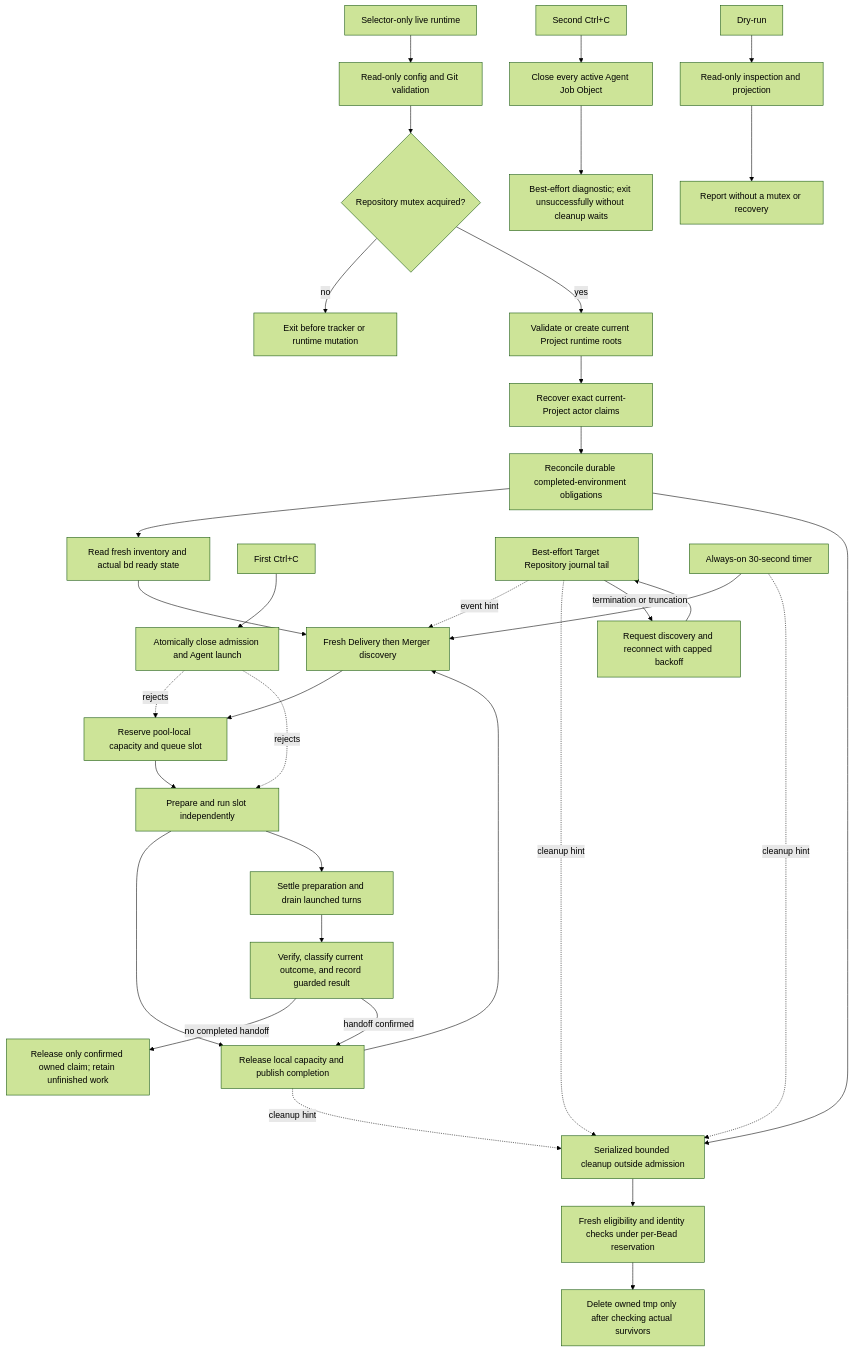
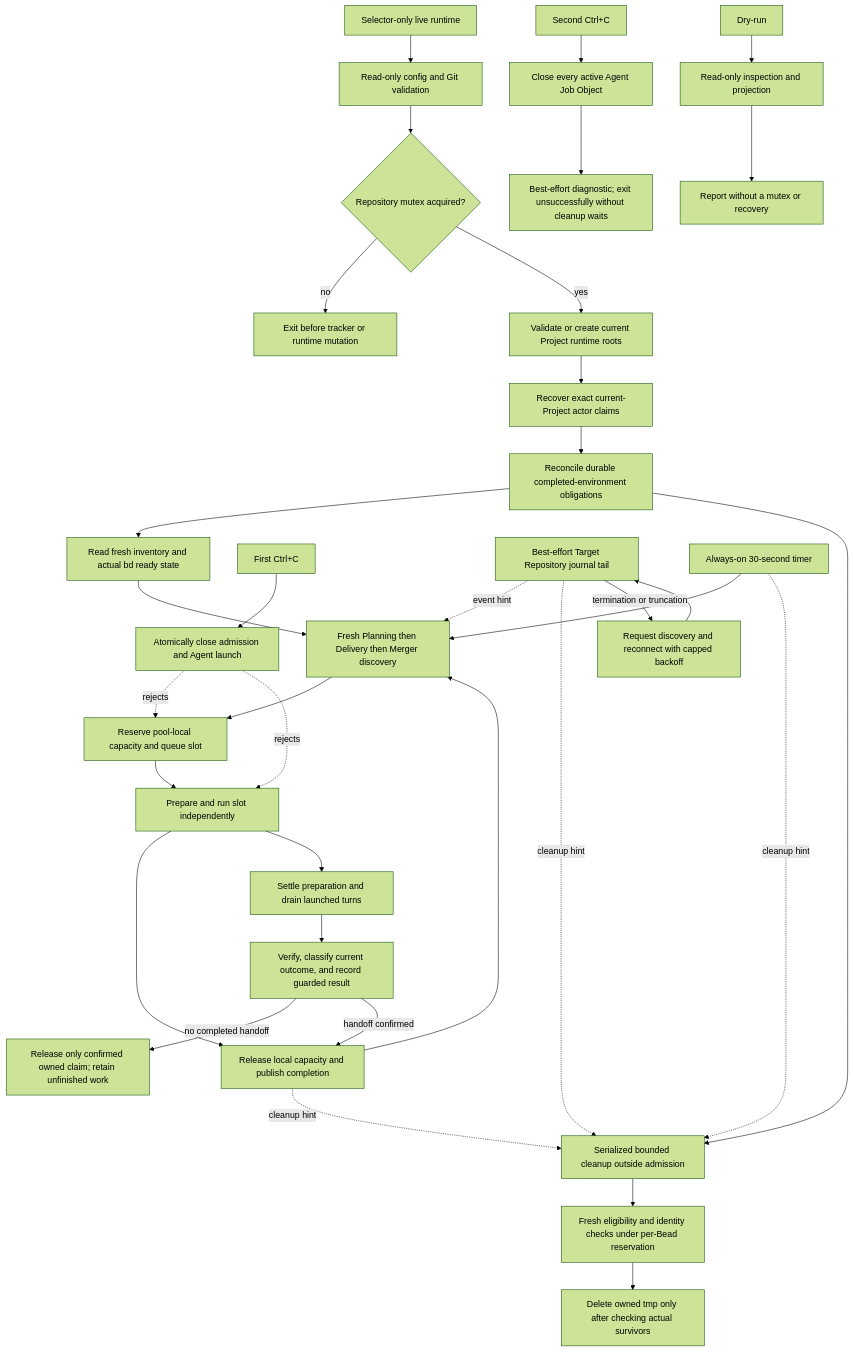
One commit to mgasparel/nightweaver changed the third of 3 diagrams in SPEC.md. Above: the diagram before and after it, drawn with Mermaid (forest theme). The commit also changed other lines of this file and 41 other files, not shown here.

````diff
--- a/SPEC.md
+++ b/SPEC.md
@@ -234,36 +234,36 @@
 ```mermaid
 flowchart TD
     Live[Selector-only live runtime] --> Validate[Read-only config and Git validation]
     Validate --> Mutex{Repository mutex acquired?}
     Mutex -- no --> Loser[Exit before tracker or runtime mutation]
     Mutex -- yes --> Roots[Validate or create current Project runtime roots]
     Roots --> Recovery[Recover exact current-Project actor claims]
     Recovery --> Reconcile[Reconcile durable completed-environment obligations]
     Reconcile --> Actual[Read fresh inventory and actual bd ready state]
     Reconcile --> Cleanup[Serialized bounded cleanup outside admission]
     Cleanup --> Remove[Fresh eligibility and identity checks under per-Bead reservation]
     Remove --> Tmp[Delete owned tmp only after checking actual survivors]
-    Actual --> Discover[Fresh Delivery then Merger discovery]
+    Actual --> Discover[Fresh Planning then Delivery then Merger discovery]
     Discover --> Reserve[Reserve pool-local capacity and queue slot]
     Reserve --> Slot[Prepare and run slot independently]
     Slot --> Complete[Release local capacity and publish completion]
     Complete --> Discover
     Complete -. cleanup hint .-> Cleanup
     FirstStop[First Ctrl+C] --> StopGate[Atomically close admission and Agent launch]
     StopGate -. rejects .-> Reserve
     StopGate -. rejects .-> Slot
     Slot --> Drain[Settle preparation and drain launched turns]
     Drain --> Record[Verify, classify current outcome, and record guarded result]
     Record -->|no completed handoff| Finalize[Release only confirmed owned claim; retain unfinished work]
     Record -->|handoff confirmed| Complete
     SecondStop[Second Ctrl+C] --> ForceClose[Close every active Agent Job Object]
     ForceClose --> ForceExit[Best-effort diagnostic; exit unsuccessfully without cleanup waits]
     JournalTail[Best-effort Target Repository journal tail] -. event hint .-> Discover
     JournalTail -. cleanup hint .-> Cleanup
     JournalTail -->|termination or truncation| Reconnect[Request discovery and reconnect with capped backoff]
     Reconnect --> JournalTail
     Timer[Always-on 30-second timer] --> Discover
     Timer -. cleanup hint .-> Cleanup
     DryRun[Dry-run] --> Inspect[Read-only inspection and projection]
     Inspect --> Report[Report without a mutex or recovery]
 ```
````
